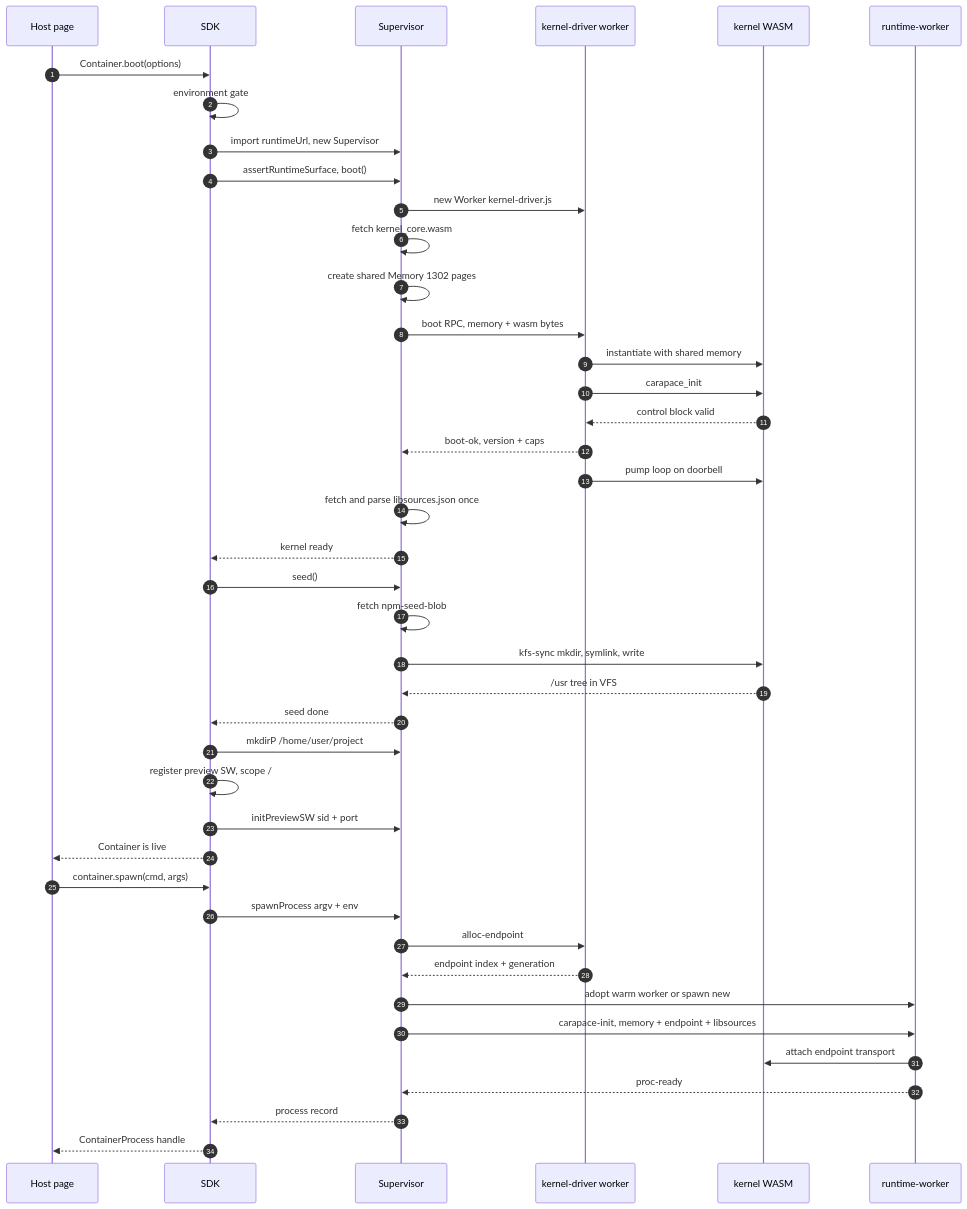
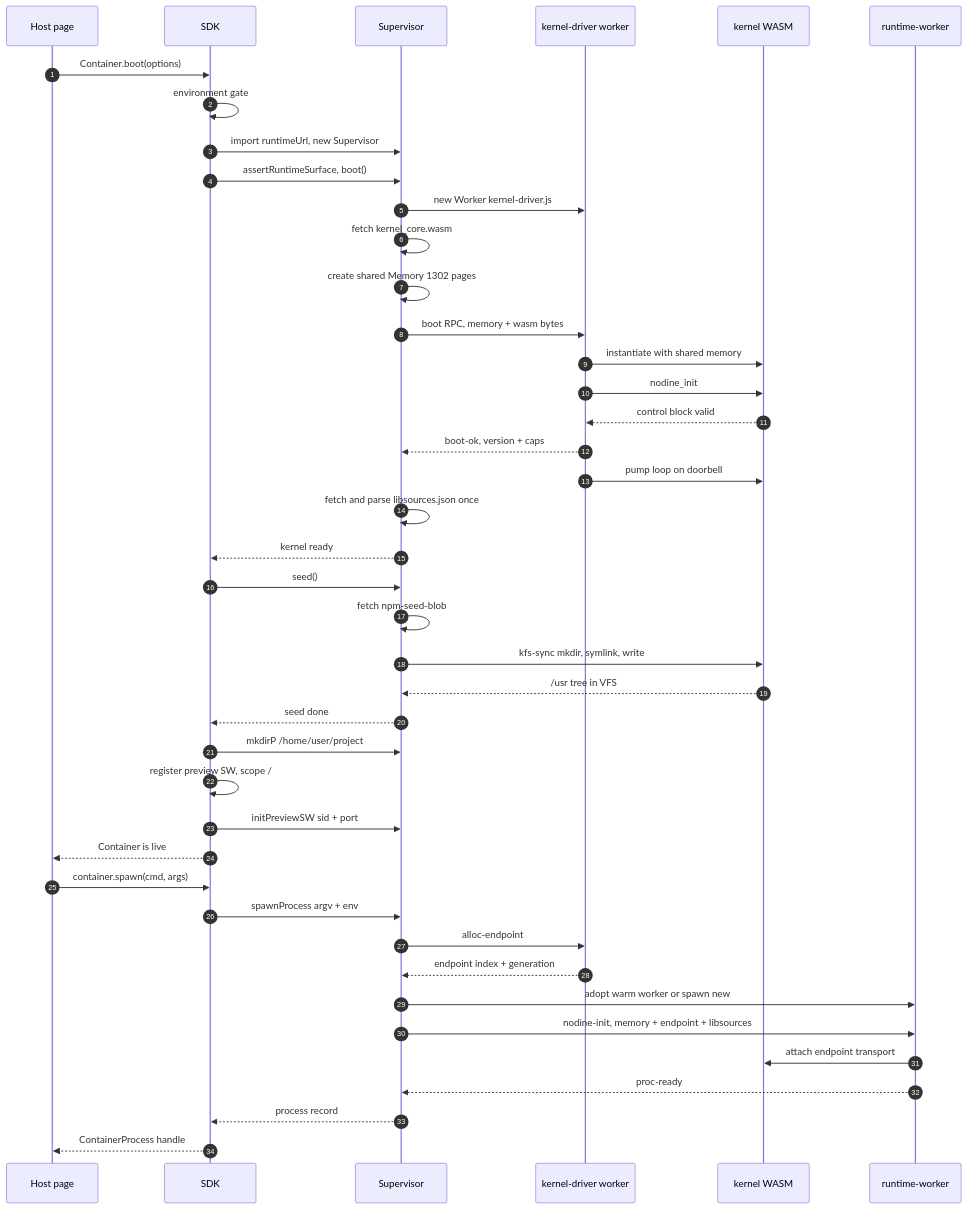
The first of 2 diagrams in docs/boot-flow.md (Amplytic-Labs/nodine), drawn with Mermaid before and after one commit. The commit also changed other lines of this file and 43 other files, not shown here.

First line of the commit message:
rename: complete the Nodine rebrand — remove every carapace/opencontainer/webcontainer reference

````diff
--- a/docs/boot-flow.md
+++ b/docs/boot-flow.md
@@ -28,45 +28,45 @@
 ```mermaid
 sequenceDiagram
     autonumber
     participant Host as Host page
     participant SDK as SDK
     participant Sup as Supervisor
     participant Drv as kernel-driver worker
     participant Wasm as kernel WASM
     participant Wk as runtime-worker
 
     Host->>SDK: Container.boot(options)
     SDK->>SDK: environment gate
     SDK->>Sup: import runtimeUrl, new Supervisor
     SDK->>Sup: assertRuntimeSurface, boot()
     Sup->>Drv: new Worker kernel-driver.js
     Sup->>Sup: fetch kernel_core.wasm
     Sup->>Sup: create shared Memory 1302 pages
     Sup->>Drv: boot RPC, memory + wasm bytes
     Drv->>Wasm: instantiate with shared memory
-    Drv->>Wasm: carapace_init
+    Drv->>Wasm: nodine_init
     Wasm-->>Drv: control block valid
     Drv-->>Sup: boot-ok, version + caps
     Drv->>Wasm: pump loop on doorbell
     Sup->>Sup: fetch and parse libsources.json once
     Sup-->>SDK: kernel ready
     SDK->>Sup: seed()
     Sup->>Sup: fetch npm-seed-blob
     Sup->>Wasm: kfs-sync mkdir, symlink, write
     Wasm-->>Sup: /usr tree in VFS
     Sup-->>SDK: seed done
     SDK->>Sup: mkdirP /home/user/project
     SDK->>SDK: register preview SW, scope /
     SDK->>Sup: initPreviewSW sid + port
     SDK-->>Host: Container is live
     Host->>SDK: container.spawn(cmd, args)
     SDK->>Sup: spawnProcess argv + env
     Sup->>Drv: alloc-endpoint
     Drv-->>Sup: endpoint index + generation
     Sup->>Wk: adopt warm worker or spawn new
-    Sup->>Wk: carapace-init, memory + endpoint + libsources
+    Sup->>Wk: nodine-init, memory + endpoint + libsources
     Wk->>Wasm: attach endpoint transport
     Wk-->>Sup: proc-ready
     Sup-->>SDK: process record
     SDK-->>Host: ContainerProcess handle
 ```
````
